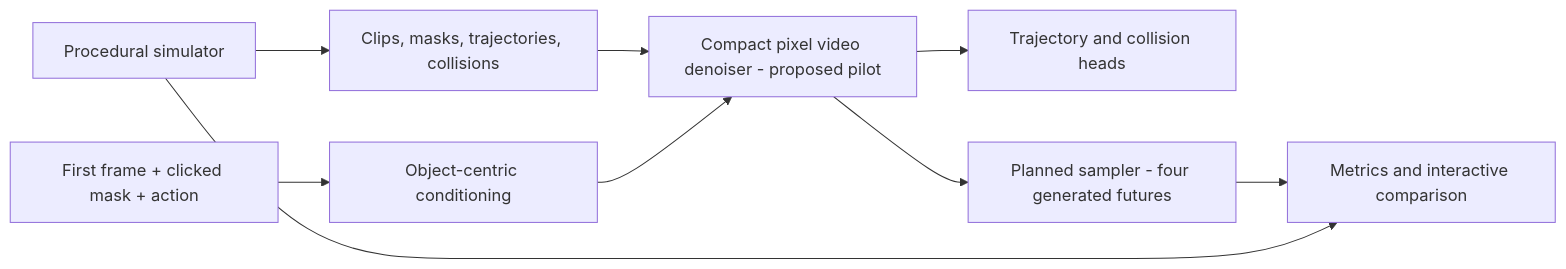
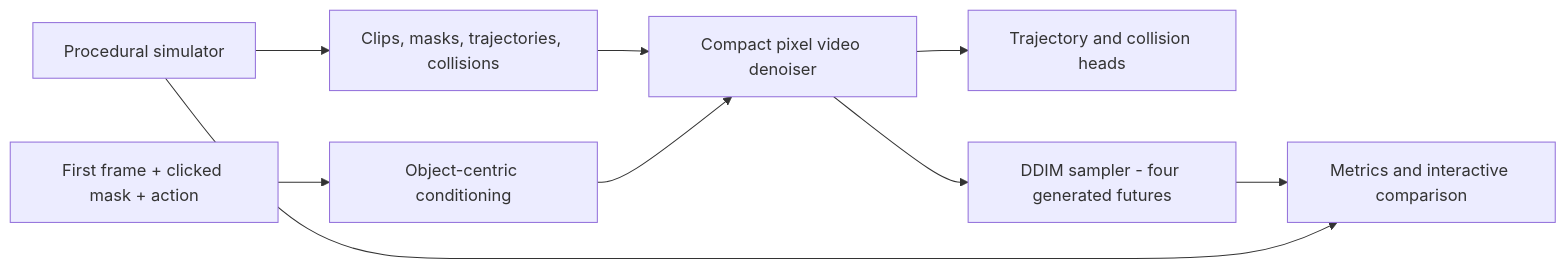
The diagram in README.md (athul1810/click2future), drawn with Mermaid before and after one commit. The commit also changed other lines of this file and 15 other files, not shown here.

````diff
--- a/README.md
+++ b/README.md
@@ -87,11 +88,11 @@
 ```mermaid
 flowchart LR
     S[Procedural simulator] --> D[Clips, masks, trajectories, collisions]
-    D --> V[Compact pixel video denoiser - proposed pilot]
+    D --> V[Compact pixel video denoiser]
     I[First frame + clicked mask + action] --> C[Object-centric conditioning]
     C --> V
     V --> H[Trajectory and collision heads]
-    V --> O[Planned sampler - four generated futures]
+    V --> O[DDIM sampler - four generated futures]
     O --> E[Metrics and interactive comparison]
     S --> E
 ```
````
